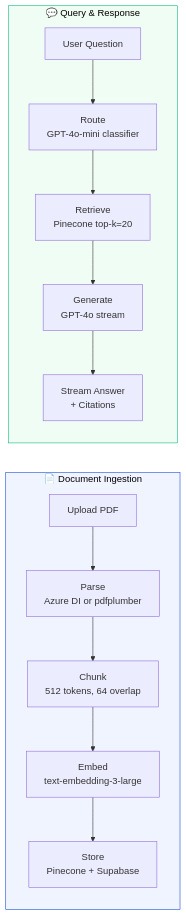
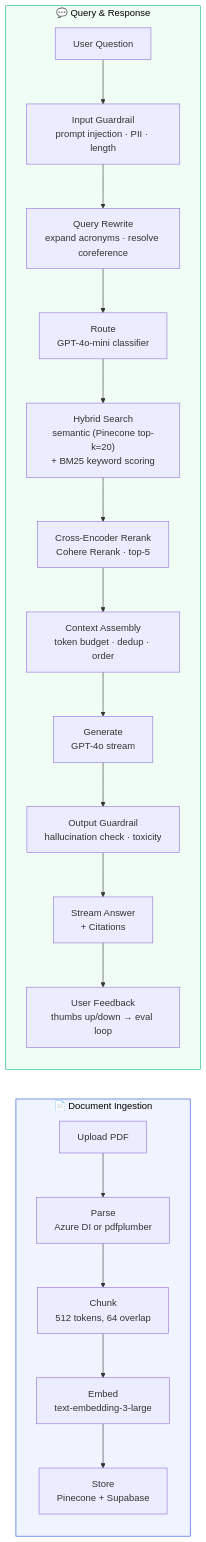
Before and after one commit to Syndicate555/finrag-backend: the second of 7 diagrams in README.md, drawn with Mermaid. The commit also changed 4 other files, not shown here.

````diff
--- a/README.md
+++ b/README.md
@@ -93,25 +93,32 @@
 ```mermaid
 graph LR
     subgraph Ingestion["📄 Document Ingestion"]
         Upload["Upload PDF"]
         Parse["Parse<br/>Azure DI or pdfplumber"]
         Chunk["Chunk<br/>512 tokens, 64 overlap"]
         Embed["Embed<br/>text-embedding-3-large"]
         Store["Store<br/>Pinecone + Supabase"]
 
         Upload --> Parse --> Chunk --> Embed --> Store
     end
 
     subgraph Retrieval["💬 Query & Response"]
         Query["User Question"]
+        Guard["Input Guardrail<br/>prompt injection · PII · length"]
+        Rewrite["Query Rewrite<br/>expand acronyms · resolve coreference"]
         Route["Route<br/>GPT-4o-mini classifier"]
-        Retrieve["Retrieve<br/>Pinecone top-k=20"]
+        HybridSearch["Hybrid Search<br/>semantic (Pinecone top-k=20)<br/>+ BM25 keyword scoring"]
+        Rerank["Cross-Encoder Rerank<br/>Cohere Rerank · top-5"]
+        ContextWindow["Context Assembly<br/>token budget · dedup · order"]
         Generate["Generate<br/>GPT-4o stream"]
+        OutputGuard["Output Guardrail<br/>hallucination check · toxicity"]
         Respond["Stream Answer<br/>+ Citations"]
+        Feedback["User Feedback<br/>thumbs up/down → eval loop"]
 
-        Query --> Route --> Retrieve --> Generate --> Respond
+        Query --> Guard --> Rewrite --> Route
+        Route --> HybridSearch --> Rerank --> ContextWindow --> Generate --> OutputGuard --> Respond --> Feedback
     end
 
     style Ingestion fill:#f0f4ff,stroke:#1D4ED8,color:#000
     style Retrieval fill:#f0fdf4,stroke:#10B981,color:#000
 ```
````
